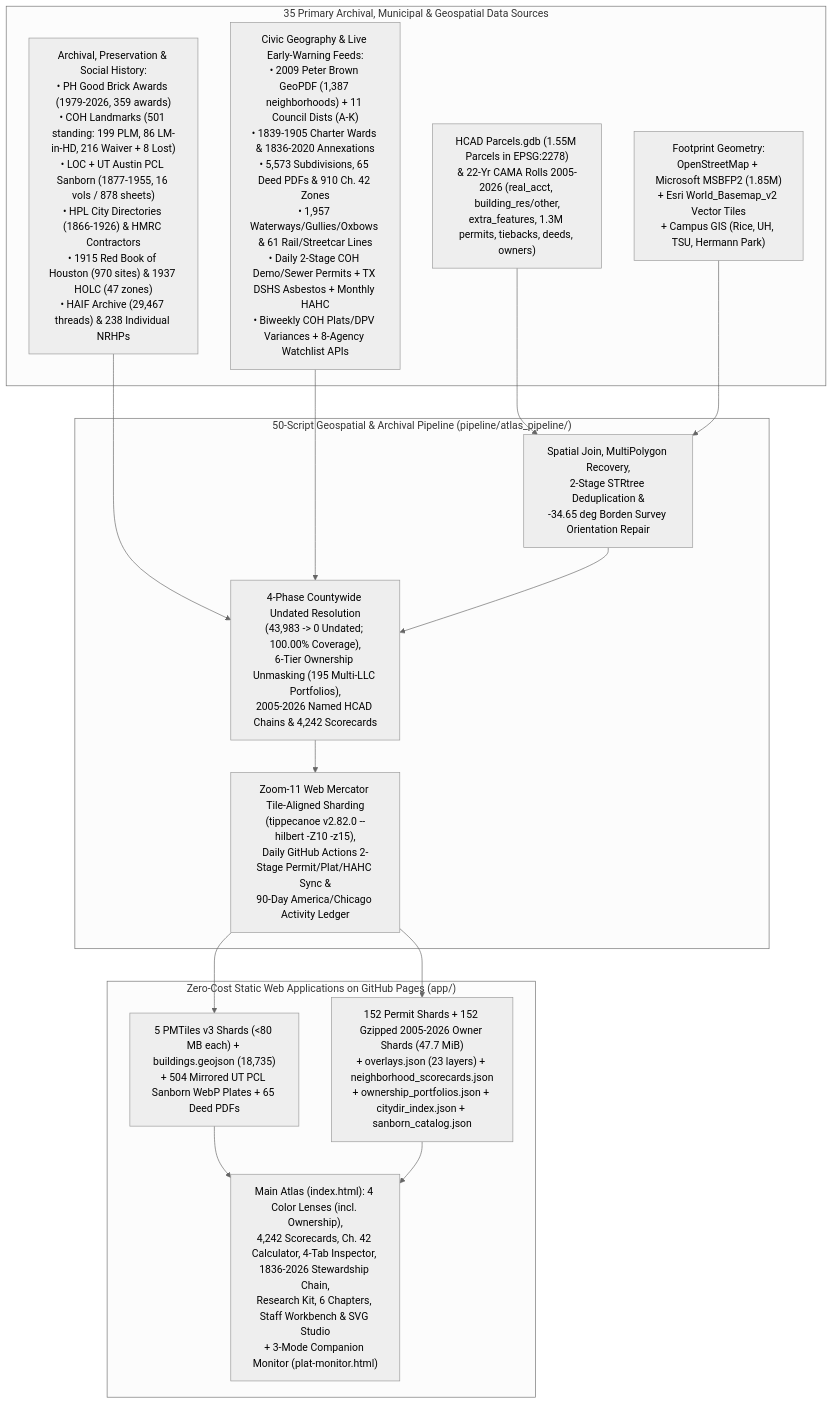
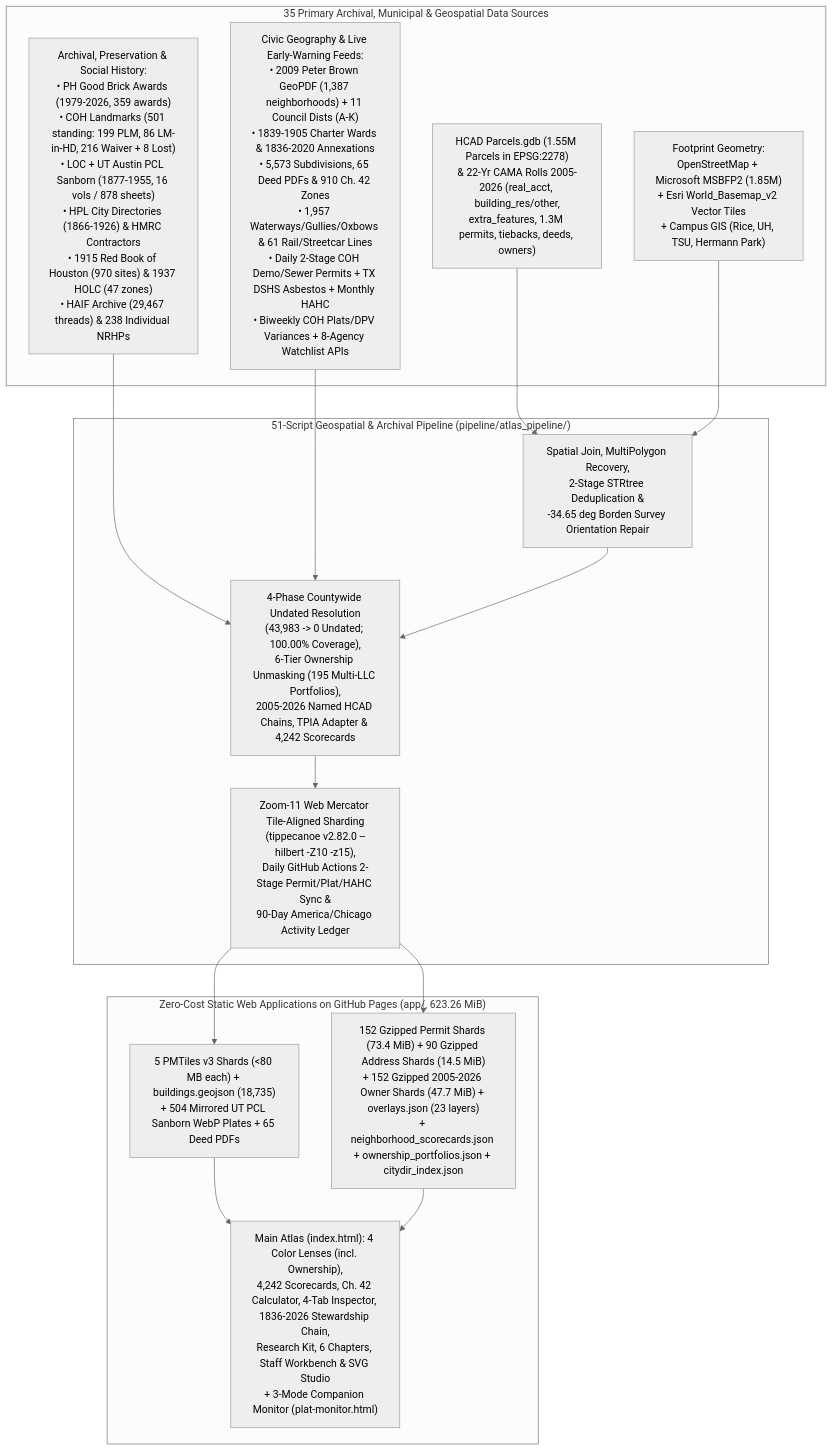
One commit to davemorris-gcp/houston-building-atlas changed the diagram in README.md. Above: the diagram before and after it, drawn with Mermaid (neutral theme). The commit also changed other lines of this file and 531 other files, not shown here.

````diff
--- a/README.md
+++ b/README.md
@@ -19,26 +19,26 @@
 ```mermaid
 flowchart TD
     subgraph Sources["35 Primary Archival, Municipal & Geospatial Data Sources"]
         S1["HCAD Parcels.gdb (1.55M Parcels in EPSG:2278)\n& 22-Yr CAMA Rolls 2005-2026 (real_acct, building_res/other,\nextra_features, 1.3M permits, tiebacks, deeds, owners)"]
         S2["Footprint Geometry:\nOpenStreetMap + Microsoft MSBFP2 (1.85M)\n+ Esri World_Basemap_v2 Vector Tiles\n+ Campus GIS (Rice, UH, TSU, Hermann Park)"]
         S3["Archival, Preservation & Social History:\n• PH Good Brick Awards (1979-2026, 359 awards)\n• COH Landmarks (501 standing: 199 PLM, 86 LM-in-HD, 216 Waiver + 8 Lost)\n• LOC + UT Austin PCL Sanborn (1877-1955, 16 vols / 878 sheets)\n• HPL City Directories (1866-1926) & HMRC Contractors\n• 1915 Red Book of Houston (970 sites) & 1937 HOLC (47 zones)\n• HAIF Archive (29,467 threads) & 238 Individual NRHPs"]
         S4["Civic Geography & Live Early-Warning Feeds:\n• 2009 Peter Brown GeoPDF (1,387 neighborhoods) + 11 Council Dists (A-K)\n• 1839-1905 Charter Wards & 1836-2020 Annexations\n• 5,573 Subdivisions, 65 Deed PDFs & 910 Ch. 42 Zones\n• 1,957 Waterways/Gullies/Oxbows & 61 Rail/Streetcar Lines\n• Daily 2-Stage COH Demo/Sewer Permits + TX DSHS Asbestos + Monthly HAHC\n• Biweekly COH Plats/DPV Variances + 8-Agency Watchlist APIs"]
     end
 
-    subgraph Pipeline["50-Script Geospatial & Archival Pipeline (pipeline/atlas_pipeline/)"]
+    subgraph Pipeline["51-Script Geospatial & Archival Pipeline (pipeline/atlas_pipeline/)"]
         P1["Spatial Join, MultiPolygon Recovery,\n2-Stage STRtree Deduplication &\n-34.65 deg Borden Survey Orientation Repair"]
-        P2["4-Phase Countywide Undated Resolution\n(43,983 -> 0 Undated; 100.00% Coverage),\n6-Tier Ownership Unmasking (195 Multi-LLC Portfolios),\n2005-2026 Named HCAD Chains & 4,242 Scorecards"]
+        P2["4-Phase Countywide Undated Resolution\n(43,983 -> 0 Undated; 100.00% Coverage),\n6-Tier Ownership Unmasking (195 Multi-LLC Portfolios),\n2005-2026 Named HCAD Chains, TPIA Adapter & 4,242 Scorecards"]
         P3["Zoom-11 Web Mercator Tile-Aligned Sharding\n(tippecanoe v2.82.0 --hilbert -Z10 -z15),\nDaily GitHub Actions 2-Stage Permit/Plat/HAHC Sync &\n90-Day America/Chicago Activity Ledger"]
     end
 
-    subgraph App["Zero-Cost Static Web Applications on GitHub Pages (app/)"]
+    subgraph App["Zero-Cost Static Web Applications on GitHub Pages (app/, 623.26 MiB)"]
         A1["5 PMTiles v3 Shards (<80 MB each) + buildings.geojson (18,735)\n+ 504 Mirrored UT PCL Sanborn WebP Plates + 65 Deed PDFs"]
-        A2["152 Permit Shards + 152 Gzipped 2005-2026 Owner Shards (47.7 MiB)\n+ overlays.json (23 layers) + neighborhood_scorecards.json\n+ ownership_portfolios.json + citydir_index.json + sanborn_catalog.json"]
+        A2["152 Gzipped Permit Shards (73.4 MiB) + 90 Gzipped Address Shards (14.5 MiB)\n+ 152 Gzipped 2005-2026 Owner Shards (47.7 MiB) + overlays.json (23 layers)\n+ neighborhood_scorecards.json + ownership_portfolios.json + citydir_index.json"]
         A3["Main Atlas (index.html): 4 Color Lenses (incl. Ownership),\n4,242 Scorecards, Ch. 42 Calculator, 4-Tab Inspector, 1836-2026 Stewardship Chain,\nResearch Kit, 6 Chapters, Staff Workbench & SVG Studio\n+ 3-Mode Companion Monitor (plat-monitor.html)"]
     end
 
     S1 & S2 --> P1
     S3 & S4 --> P2
     P1 --> P2 --> P3
     P3 --> A1 & A2 --> A3
 ```
````
